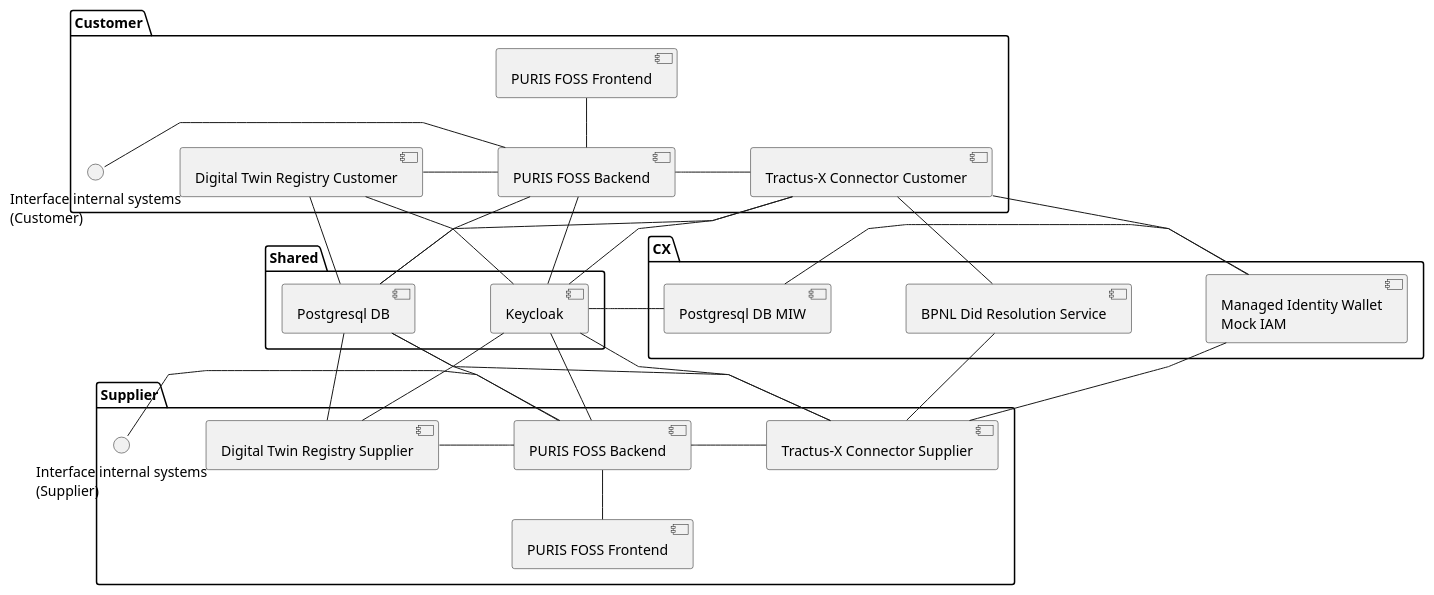
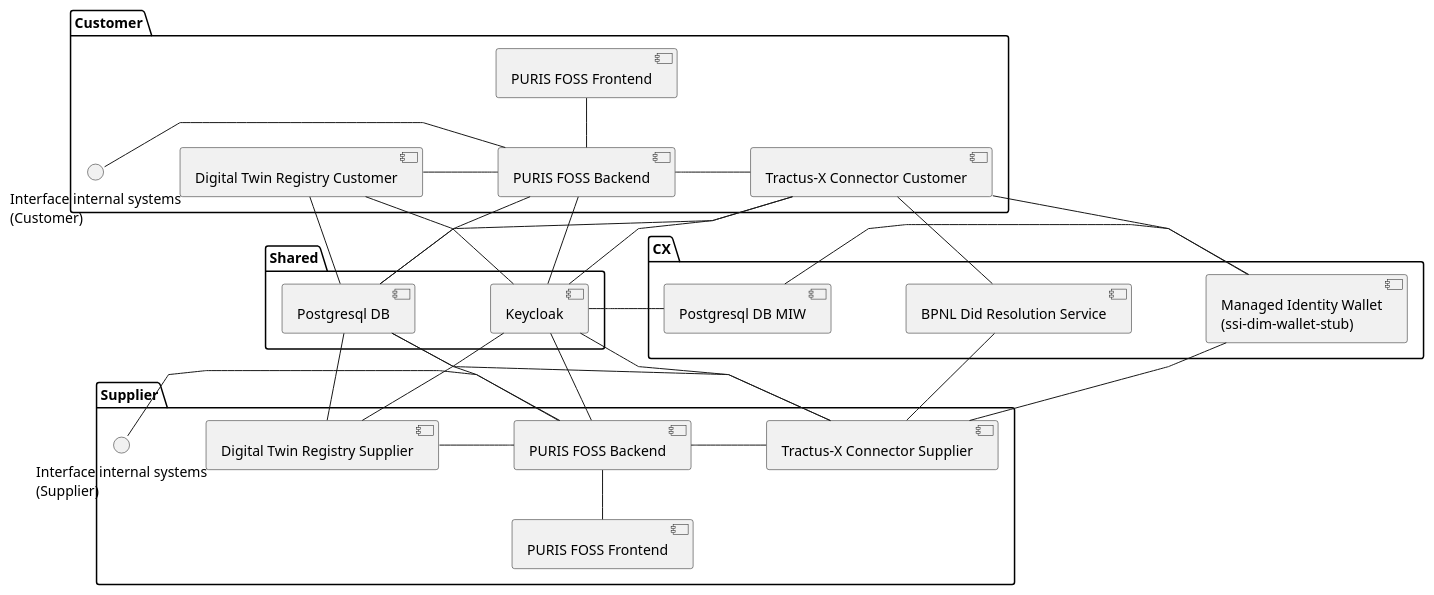
The diagram in docs/architecture/puml/07-deployment.puml (eclipse-tractusx/puris), drawn with PlantUML before and after one commit. The commit also changed 20 other files, not shown here.

```diff
--- a/docs/architecture/puml/07-deployment.puml
+++ b/docs/architecture/puml/07-deployment.puml
@@ -1,72 +1,72 @@
 @startuml
 skinparam linetype polyline
 skinparam nodesep 75
 skinparam ranksep 50
 
 
 package "Shared" {
   [Postgresql DB] as postgres_shared
   [Keycloak] as keycloak
 }
 
 
 package "Customer" {
 
   [Tractus-X Connector Customer] as edc_cus
   [Digital Twin Registry Customer] as dtr_cus
 
   [PURIS FOSS Backend] as puris_backend_cus
   [PURIS FOSS Frontend] as puris_frontend_cus
 
   dtr_cus - puris_backend_cus
   dtr_cus -- keycloak
   dtr_cus -- postgres_shared
   edc_cus -- postgres_shared
   puris_backend_cus - edc_cus
   puris_backend_cus -- postgres_shared
   puris_backend_cus -- keycloak
   puris_frontend_cus -- puris_backend_cus
   "Interface internal systems\n(Customer)" - puris_backend_cus
 
 }
 
 package "CX" {
 
   [Postgresql DB MIW] as pg_miw
-  [Managed Identity Wallet\nMock IAM] as miw
+  [Managed Identity Wallet\n(ssi-dim-wallet-stub)] as miw
   [BPNL Did Resolution Service] as bdrs
 
   keycloak - pg_miw
   pg_miw - miw
 
 }
 
 package "Supplier" {
 
   [Tractus-X Connector Supplier] as edc_sup
   [Digital Twin Registry Supplier] as dtr_sup
 
   [PURIS FOSS Backend] as puris_backend_sup
   [PURIS FOSS Frontend] as puris_frontend_sup
 
   dtr_sup - puris_backend_sup
   keycloak -- dtr_sup
   keycloak -- puris_backend_sup
   postgres_shared -- dtr_sup
   postgres_shared -- edc_sup
   puris_backend_sup - edc_sup
   postgres_shared -- puris_backend_sup
   "Interface internal systems\n(Supplier)" - puris_backend_sup
   puris_backend_sup -- puris_frontend_sup
 
 }
 
 edc_cus -- keycloak
 edc_cus -- miw
 edc_cus -- bdrs
 
 keycloak -- edc_sup
 miw -- edc_sup
 bdrs -- edc_sup
 
 @enduml
```
